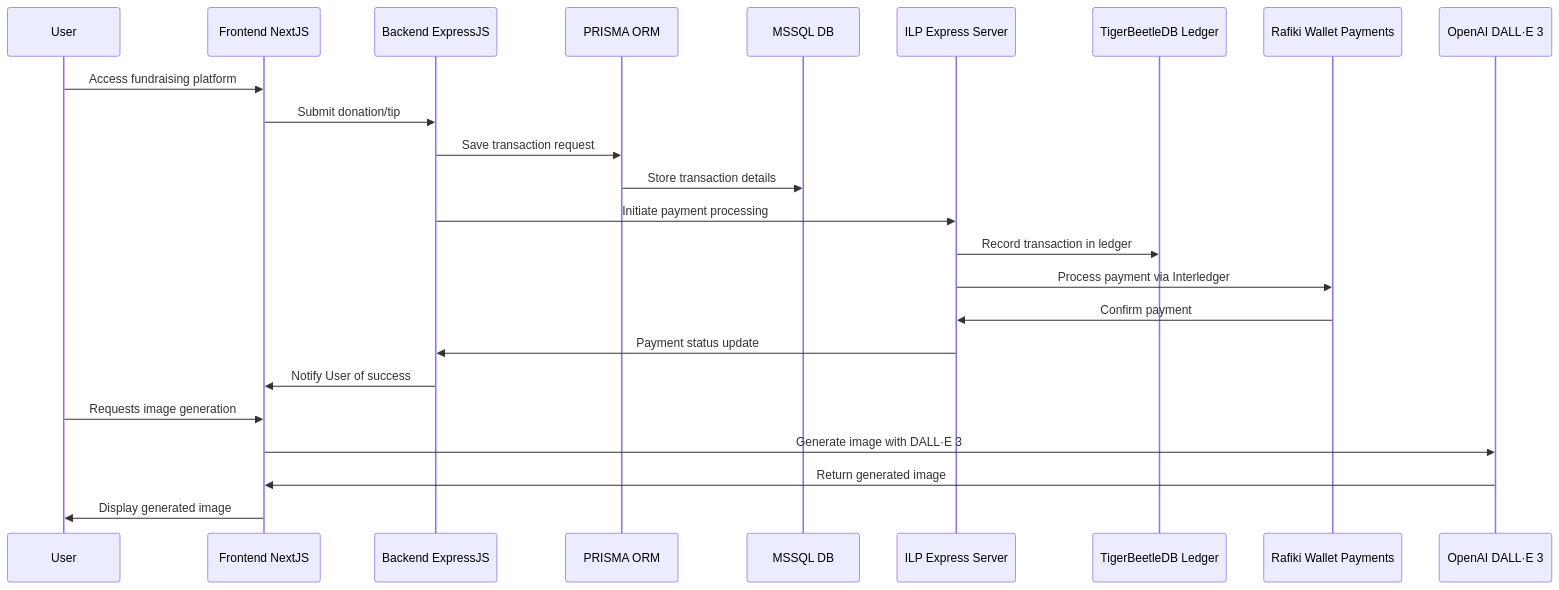
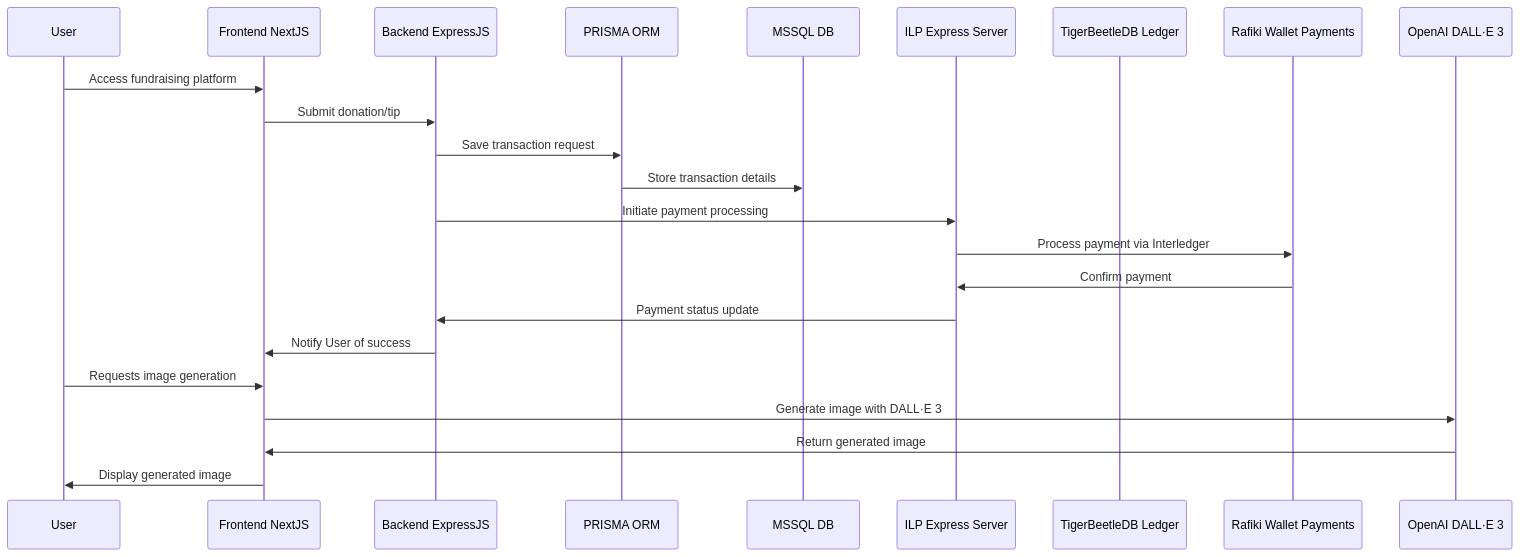
The second of 2 diagrams in README.md (adgsenpai/FundSecure), drawn with Mermaid before and after one commit. The commit also changed other lines of this file, not shown here.

````diff
--- a/README.md
+++ b/README.md
@@ -56,27 +54,26 @@
 ```mermaid
 sequenceDiagram
     participant User
     participant Frontend as Frontend NextJS
     participant Backend as Backend ExpressJS
     participant Prisma as PRISMA ORM
     participant MSSQL as MSSQL DB
     participant ILPServer as ILP Express Server
     participant TigerBeetleDB as TigerBeetleDB Ledger
     participant RafikiWallet as Rafiki Wallet Payments
     participant OpenAI as OpenAI DALL·E 3
 
     User->>Frontend: Access fundraising platform
     Frontend->>Backend: Submit donation/tip
     Backend->>Prisma: Save transaction request
     Prisma->>MSSQL: Store transaction details
-    Backend->>ILPServer: Initiate payment processing
-    ILPServer->>TigerBeetleDB: Record transaction in ledger
+    Backend->>ILPServer: Initiate payment processing    
     ILPServer->>RafikiWallet: Process payment via Interledger
     RafikiWallet->>ILPServer: Confirm payment
     ILPServer->>Backend: Payment status update
     Backend->>Frontend: Notify User of success
     User->>Frontend: Requests image generation
     Frontend->>OpenAI: Generate image with DALL·E 3
     OpenAI->>Frontend: Return generated image
     Frontend->>User: Display generated image
 ```
````
